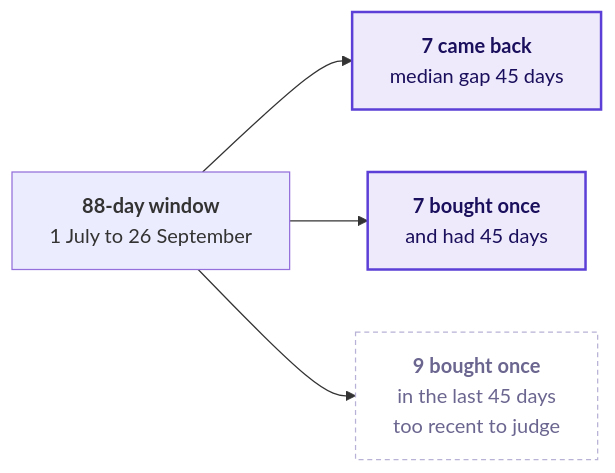
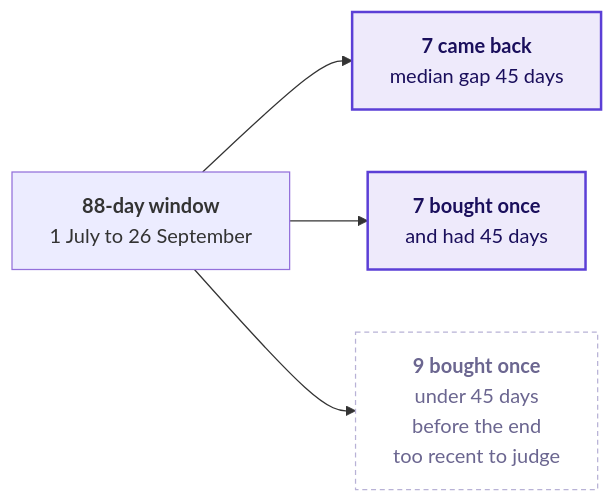
Before and after one commit to fde-academy-lab/c2-content-factory: the seventh of 9 diagrams in content/W01/D1/whiteboards/C2_W01_D01_board_work_STUDENT.md, drawn with Mermaid. The commit also changed other lines of this file and 16 other files, not shown here.

````diff
--- a/content/W01/D1/whiteboards/C2_W01_D01_board_work_STUDENT.md
+++ b/content/W01/D1/whiteboards/C2_W01_D01_board_work_STUDENT.md
@@ -155,10 +156,10 @@
 ```mermaid
 flowchart LR
     W["<b>88-day window</b><br/>1 July to 26 September"] --> B["<b>7 came back</b><br/>median gap 45 days"]
     W --> H["<b>7 bought once</b><br/>and had 45 days"]
-    W --> R["<b>9 bought once</b><br/>in the last 45 days<br/>too recent to judge"]
+    W --> R["<b>9 bought once</b><br/>under 45 days<br/>before the end<br/>too recent to judge"]
     classDef known fill:#EEEAFB,stroke:#5B3FD6,color:#1A0F5C,stroke-width:2px
     classDef unknown fill:#FFFFFF,stroke:#B8B2D6,color:#6B6690,stroke-dasharray:4 3
     class B,H known
     class R unknown
 ```
````
